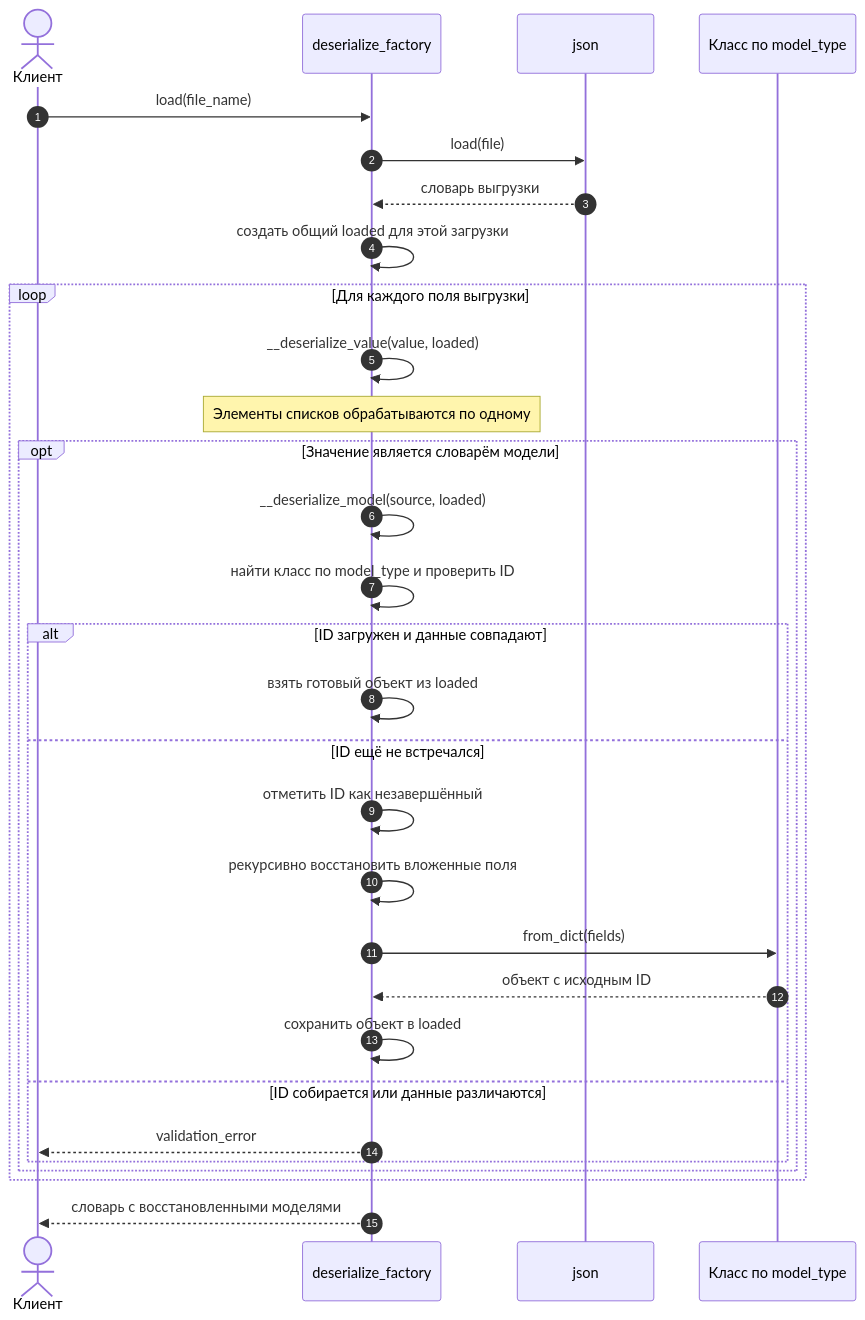
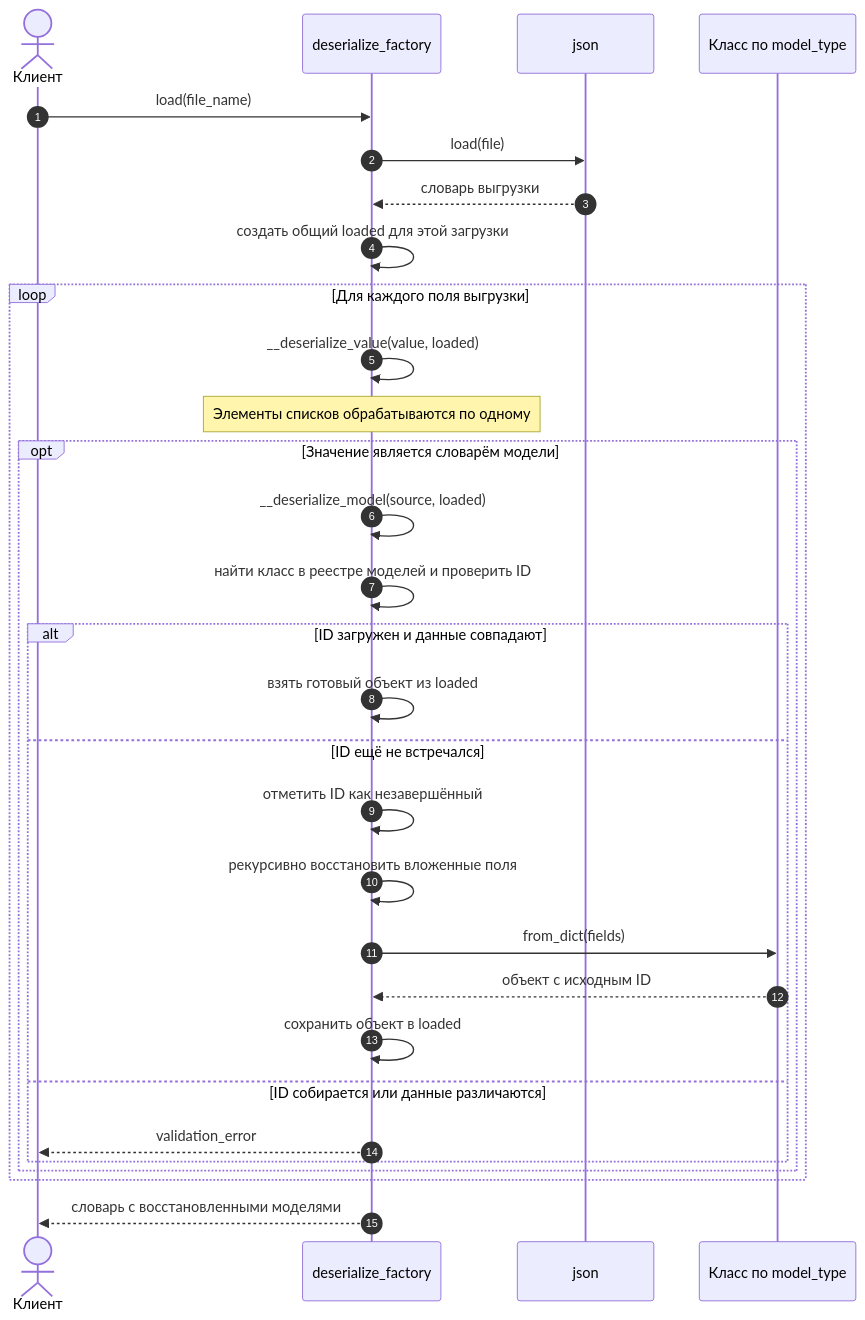
One commit to NikShep21/patterns2026 changed the fourth of 4 diagrams in Docs/UML/Converters.md. Above: the diagram before and after it, drawn with Mermaid. The commit also changed other lines of this file and 5 other files, not shown here.

Commit message:
document the API and update UML diagrams

````diff
--- a/Docs/UML/Converters.md
+++ b/Docs/UML/Converters.md
@@ -161,35 +172,35 @@
 ```mermaid
 sequenceDiagram
     autonumber
     actor Client as Клиент
     participant Factory as deserialize_factory
     participant Json as json
     participant Model as Класс по model_type
 
     Client->>Factory: load(file_name)
     Factory->>Json: load(file)
     Json-->>Factory: словарь выгрузки
     Factory->>Factory: создать общий loaded для этой загрузки
 
     loop Для каждого поля выгрузки
         Factory->>Factory: __deserialize_value(value, loaded)
         Note over Factory: Элементы списков обрабатываются по одному
         opt Значение является словарём модели
             Factory->>Factory: __deserialize_model(source, loaded)
-            Factory->>Factory: найти класс по model_type и проверить ID
+            Factory->>Factory: найти класс в реестре моделей и проверить ID
             alt ID загружен и данные совпадают
                 Factory->>Factory: взять готовый объект из loaded
             else ID ещё не встречался
                 Factory->>Factory: отметить ID как незавершённый
                 Factory->>Factory: рекурсивно восстановить вложенные поля
                 Factory->>Model: from_dict(fields)
                 Model-->>Factory: объект с исходным ID
                 Factory->>Factory: сохранить объект в loaded
             else ID собирается или данные различаются
                 Factory-->>Client: validation_error
             end
         end
     end
 
     Factory-->>Client: словарь с восстановленными моделями
 ```
````
